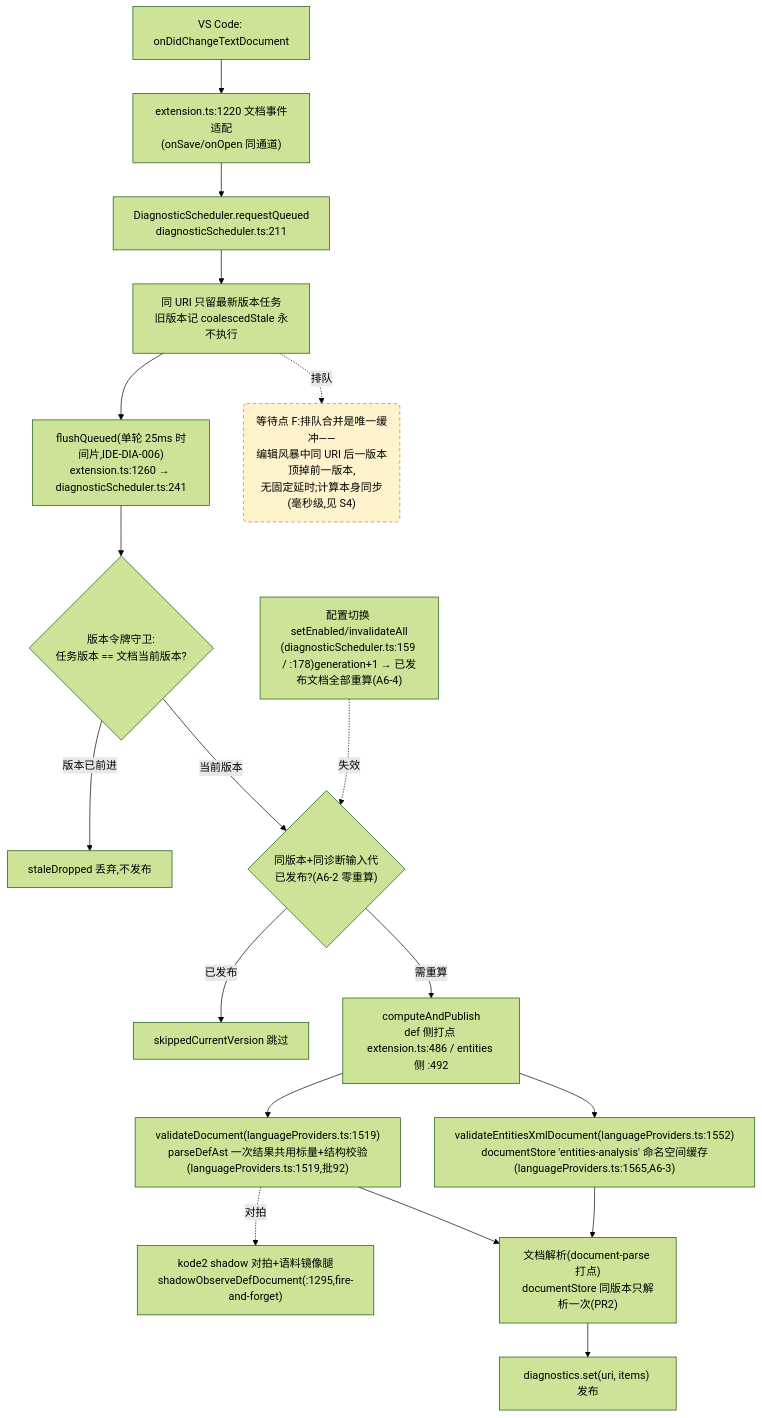
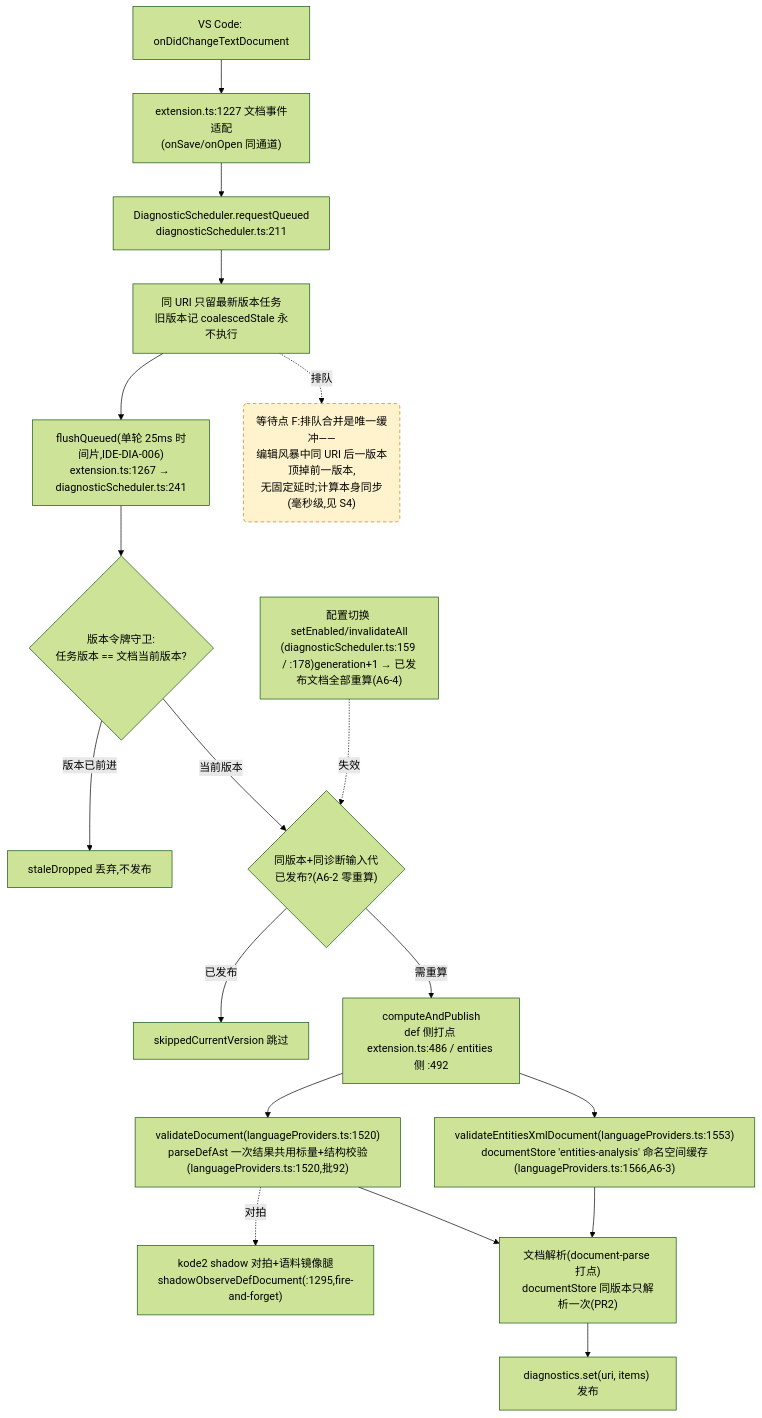
Before and after one commit to cuihairu/kode: the fourth of 4 diagrams in docs/perf/2026-baseline.md, drawn with Mermaid (forest theme). The commit also changed other lines of this file and 6 other files, not shown here.

````diff
--- a/docs/perf/2026-baseline.md
+++ b/docs/perf/2026-baseline.md
@@ -214,38 +214,38 @@
 ```mermaid
 flowchart TD
   CHG["VS Code: onDidChangeTextDocument"]
-  WATCH["extension.ts:1220 文档事件适配<br/>(onSave/onOpen 同通道)"]
+  WATCH["extension.ts:1227 文档事件适配<br/>(onSave/onOpen 同通道)"]
   RQ["DiagnosticScheduler.requestQueued<br/>diagnosticScheduler.ts:211"]
   CO["同 URI 只留最新版本任务<br/>旧版本记 coalescedStale 永不执行"]
-  FL["flushQueued(单轮 25ms 时间片,IDE-DIA-006)<br/>extension.ts:1260 → diagnosticScheduler.ts:241"]
+  FL["flushQueued(单轮 25ms 时间片,IDE-DIA-006)<br/>extension.ts:1267 → diagnosticScheduler.ts:241"]
   VG{"版本令牌守卫:<br/>任务版本 == 文档当前版本?"}
   DROP["staleDropped 丢弃,不发布"]
   GEN{"同版本+同诊断输入代<br/>已发布?(A6-2 零重算)"}
   SKIP["skippedCurrentVersion 跳过"]
   CALC["computeAndPublish<br/>def 侧打点 extension.ts:486 / entities 侧 :492"]
-  VD["validateDocument(languageProviders.ts:1519)<br/>parseDefAst 一次结果共用标量+结构校验(languageProviders.ts:1519,批92)"]
-  VEX["validateEntitiesXmlDocument(languageProviders.ts:1552)<br/>documentStore 'entities-analysis' 命名空间缓存(languageProviders.ts:1565,A6-3)"]
+  VD["validateDocument(languageProviders.ts:1520)<br/>parseDefAst 一次结果共用标量+结构校验(languageProviders.ts:1520,批92)"]
+  VEX["validateEntitiesXmlDocument(languageProviders.ts:1553)<br/>documentStore 'entities-analysis' 命名空间缓存(languageProviders.ts:1566,A6-3)"]
   SHDD["kode2 shadow 对拍+语料镜像腿<br/>shadowObserveDefDocument(:1295,fire-and-forget)"]
   DS["文档解析(document-parse 打点)<br/>documentStore 同版本只解析一次(PR2)"]
   PUB["diagnostics.set(uri, items) 发布"]
   CFG2["配置切换 setEnabled/invalidateAll<br/>(diagnosticScheduler.ts:159 / :178)generation+1 → 已发布文档全部重算(A6-4)"]
 
   CHG --> WATCH --> RQ --> CO --> FL --> VG
   VG -- "版本已前进" --> DROP
   VG -- "当前版本" --> GEN
   GEN -- "已发布" --> SKIP
   GEN -- "需重算" --> CALC
   CALC --> VD
   CALC --> VEX
   VD --> DS
   VEX --> DS
   DS --> PUB
   VD -.->|对拍| SHDD
   CFG2 -.->|失效| GEN
 
   WAITF("等待点 F:排队合并是唯一缓冲——<br/>编辑风暴中同 URI 后一版本顶掉前一版本,<br/>无固定延时;计算本身同步(毫秒级,见 S4)")
   CO -.->|排队| WAITF
 
   classDef waitPoint fill:#fff3cd,stroke:#d97706,stroke-dasharray:5 4;
   class WAITF waitPoint;
 ```
````
